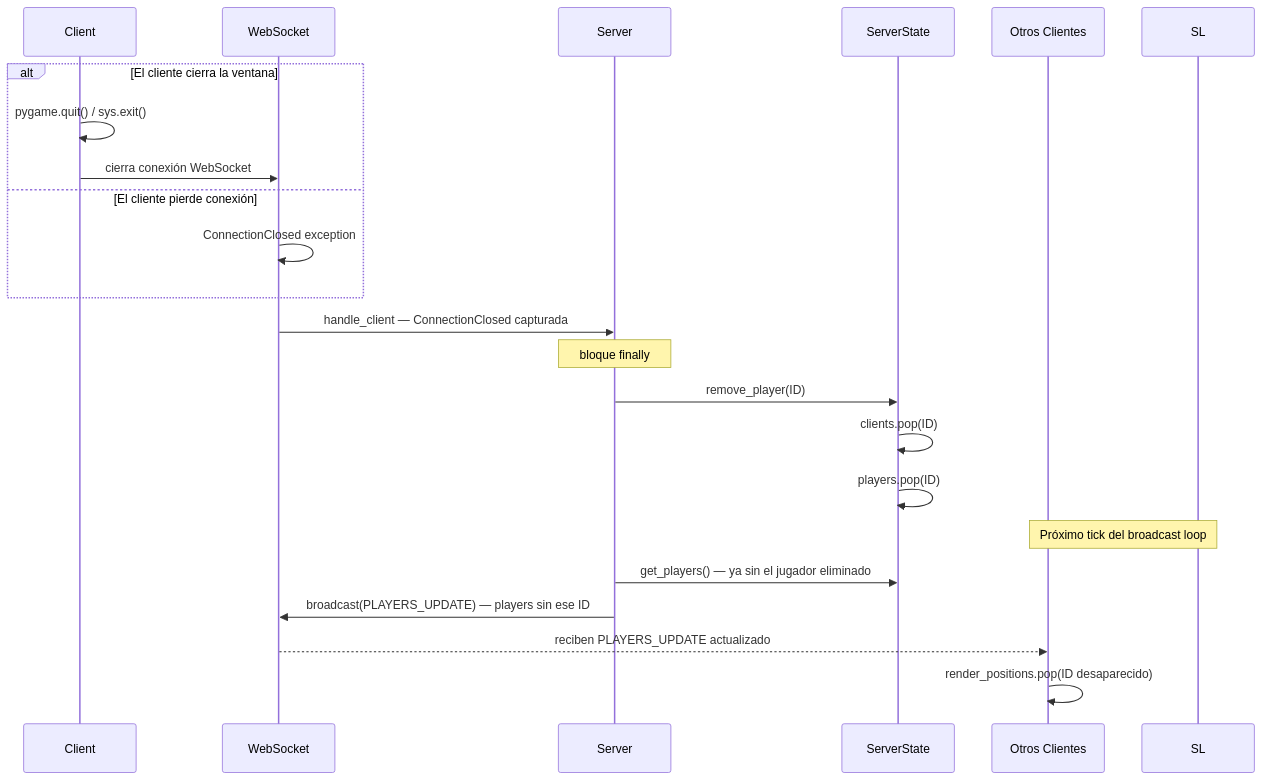
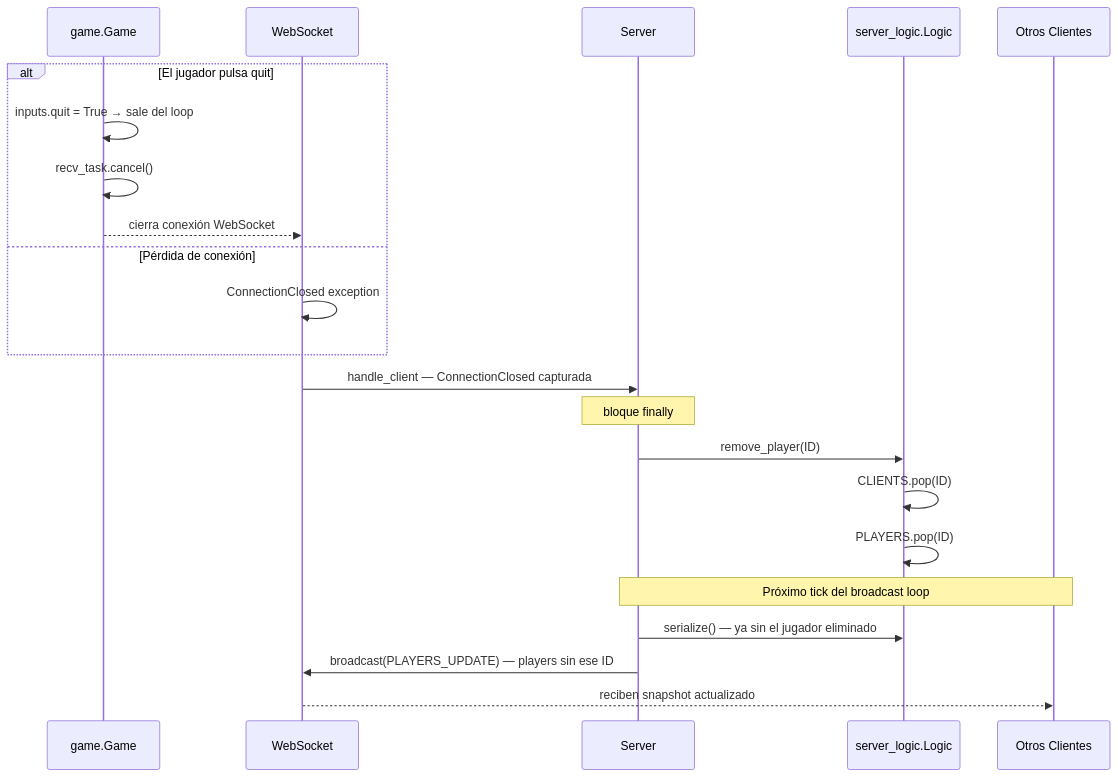
The fourth of 6 diagrams in docs/diagramas/mensajes.md (Aouei/pygame_multi), drawn with Mermaid before and after one commit. The commit also changed other lines of this file and 2 other files, not shown here.

Commit message:
UPDATE doc diagrams

````diff
--- a/docs/diagramas/mensajes.md
+++ b/docs/diagramas/mensajes.md
@@ -146,27 +204,27 @@
 ```mermaid
 sequenceDiagram
-    participant C  as Client
+    participant G  as game.Game
     participant WS as WebSocket
     participant S  as Server
-    participant SS as ServerState
+    participant SL as server_logic.Logic
     participant OC as Otros Clientes
 
-    alt El cliente cierra la ventana
-        C->>C: pygame.quit() / sys.exit()
-        C->>WS: cierra conexión WebSocket
-    else El cliente pierde conexión
+    alt El jugador pulsa quit
+        G->>G: inputs.quit = True → sale del loop
+        G->>G: recv_task.cancel()
+        G-->>WS: cierra conexión WebSocket
+    else Pérdida de conexión
         WS->>WS: ConnectionClosed exception
     end
 
     WS->>S: handle_client — ConnectionClosed capturada
     Note over S: bloque finally
-    S->>SS: remove_player(ID)
-    SS->>SS: clients.pop(ID)
-    SS->>SS: players.pop(ID)
+    S->>SL: remove_player(ID)
+    SL->>SL: CLIENTS.pop(ID)
+    SL->>SL: PLAYERS.pop(ID)
 
-    Note over SL,OC: Próximo tick del broadcast loop
-    S->>SS: get_players() — ya sin el jugador eliminado
+    Note over S,OC: Próximo tick del broadcast loop
+    S->>SL: serialize() — ya sin el jugador eliminado
     S->>WS: broadcast(PLAYERS_UPDATE) — players sin ese ID
-    WS-->>OC: reciben PLAYERS_UPDATE actualizado
-    OC->>OC: render_positions.pop(ID desaparecido)
+    WS-->>OC: reciben snapshot actualizado
 ```
````
